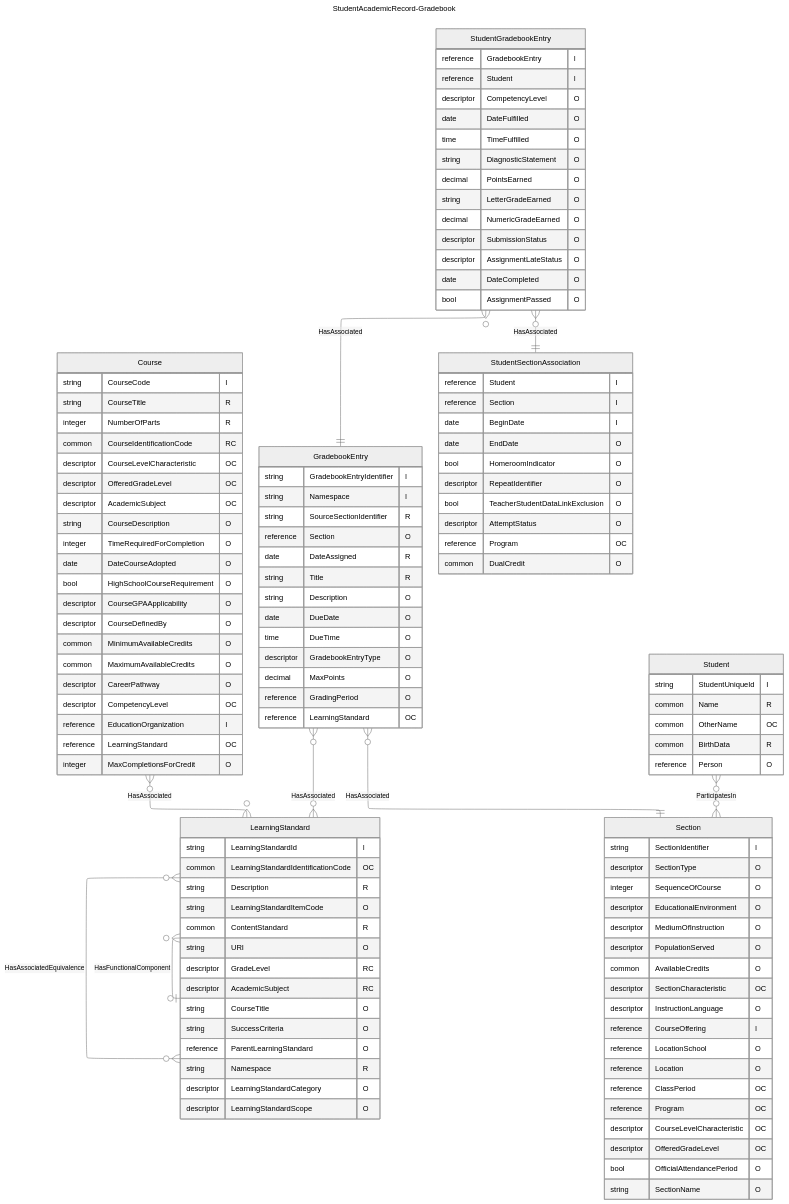
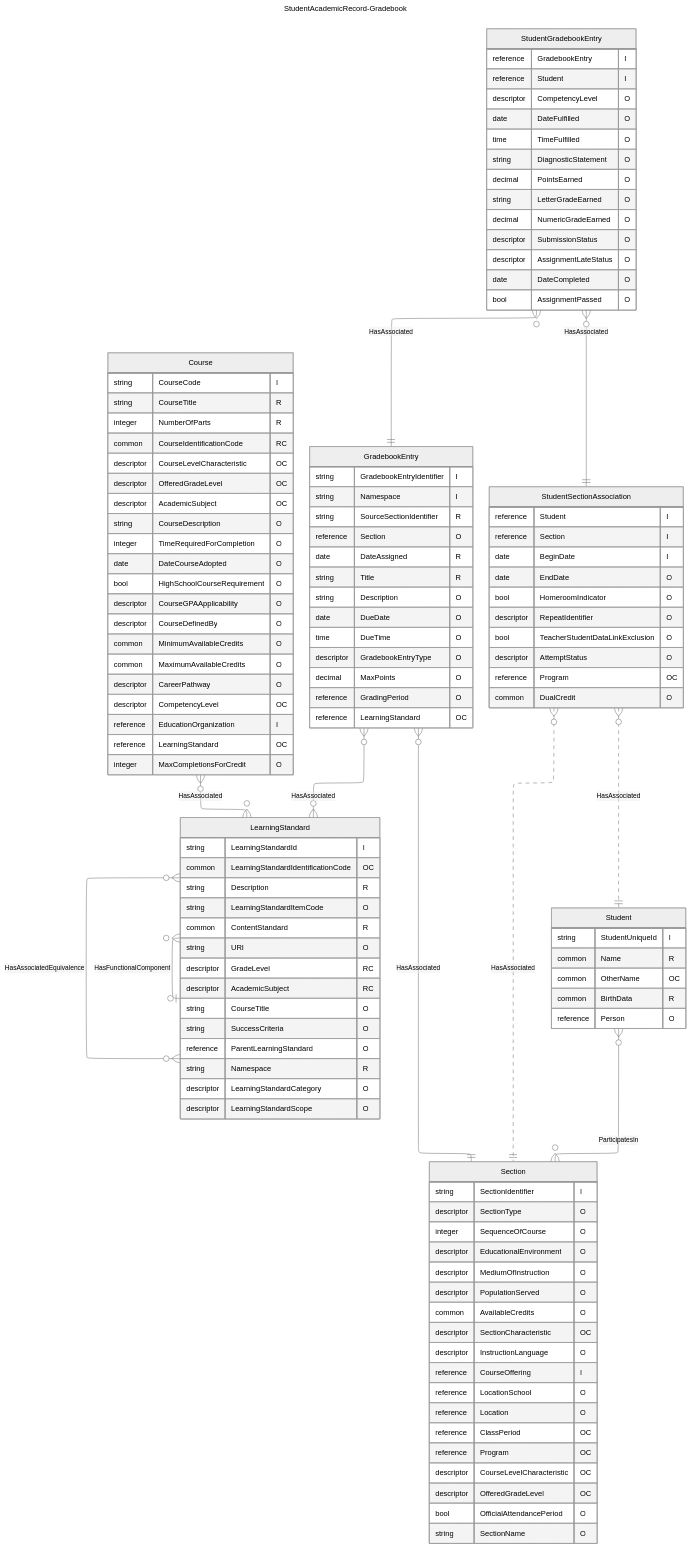
The diagram in Models/Models/StudentAcademicRecord-Gradebook.mmd (Ed-Fi-Alliance-OSS/Ed-Fi-Data-Standard), drawn with Mermaid (neutral theme) before and after one commit. The commit also changed other lines of this file and 15 other files, not shown here.

```diff
--- a/Models/Models/StudentAcademicRecord-Gradebook.mmd
+++ b/Models/Models/StudentAcademicRecord-Gradebook.mmd
@@ -1,121 +1,123 @@
 ---
 title: StudentAcademicRecord-Gradebook
 config:
   layout: elk
 ---
 erDiagram
     Course {
         string CourseCode "I"
         string CourseTitle "R"
         integer NumberOfParts "R"
         common CourseIdentificationCode "RC"
         descriptor CourseLevelCharacteristic "OC"
         descriptor OfferedGradeLevel "OC"
         descriptor AcademicSubject "OC"
         string CourseDescription "O"
         integer TimeRequiredForCompletion "O"
         date DateCourseAdopted "O"
         bool HighSchoolCourseRequirement "O"
         descriptor CourseGPAApplicability "O"
         descriptor CourseDefinedBy "O"
         common MinimumAvailableCredits "O"
         common MaximumAvailableCredits "O"
         descriptor CareerPathway "O"
         descriptor CompetencyLevel "OC"
         reference EducationOrganization "I"
         reference LearningStandard "OC"
         integer MaxCompletionsForCredit "O"
     }
     LearningStandard {
         string LearningStandardId "I"
         common LearningStandardIdentificationCode "OC"
         string Description "R"
         string LearningStandardItemCode "O"
         common ContentStandard "R"
         string URI "O"
         descriptor GradeLevel "RC"
         descriptor AcademicSubject "RC"
         string CourseTitle "O"
         string SuccessCriteria "O"
         reference ParentLearningStandard "O"
         string Namespace "R"
         descriptor LearningStandardCategory "O"
         descriptor LearningStandardScope "O"
     }
     GradebookEntry {
         string GradebookEntryIdentifier "I"
         string Namespace "I"
         string SourceSectionIdentifier "R"
         reference Section "O"
         date DateAssigned "R"
         string Title "R"
         string Description "O"
         date DueDate "O"
         time DueTime "O"
         descriptor GradebookEntryType "O"
         decimal MaxPoints "O"
         reference GradingPeriod "O"
         reference LearningStandard "OC"
     }
     StudentGradebookEntry {
         reference GradebookEntry "I"
         reference Student "I"
         descriptor CompetencyLevel "O"
         date DateFulfilled "O"
         time TimeFulfilled "O"
         string DiagnosticStatement "O"
         decimal PointsEarned "O"
         string LetterGradeEarned "O"
         decimal NumericGradeEarned "O"
         descriptor SubmissionStatus "O"
         descriptor AssignmentLateStatus "O"
         date DateCompleted "O"
         bool AssignmentPassed "O"
     }
     StudentSectionAssociation {
         reference Student "I"
         reference Section "I"
         date BeginDate "I"
         date EndDate "O"
         bool HomeroomIndicator "O"
         descriptor RepeatIdentifier "O"
         bool TeacherStudentDataLinkExclusion "O"
         descriptor AttemptStatus "O"
         reference Program "OC"
         common DualCredit "O"
     }
     Section {
         string SectionIdentifier "I"
         descriptor SectionType "O"
         integer SequenceOfCourse "O"
         descriptor EducationalEnvironment "O"
         descriptor MediumOfInstruction "O"
         descriptor PopulationServed "O"
         common AvailableCredits "O"
         descriptor SectionCharacteristic "OC"
         descriptor InstructionLanguage "O"
         reference CourseOffering "I"
         reference LocationSchool "O"
         reference Location "O"
         reference ClassPeriod "OC"
         reference Program "OC"
         descriptor CourseLevelCharacteristic "OC"
         descriptor OfferedGradeLevel "OC"
         bool OfficialAttendancePeriod "O"
         string SectionName "O"
     }
     Student {
         string StudentUniqueId "I"
         common Name "R"
         common OtherName "OC"
         common BirthData "R"
         reference Person "O"
     }
     Course }o--o{ LearningStandard : "HasAssociated"
-    StudentGradebookEntry }o--|| StudentSectionAssociation : "HasAssociated"
     Student }o--o{ Section : "ParticipatesIn"
     LearningStandard }o--o| LearningStandard : "HasFunctionalComponent"
+    LearningStandard }o--o{ LearningStandard : "HasAssociatedEquivalence"
     GradebookEntry }o--o{ LearningStandard : "HasAssociated"
     GradebookEntry }o--|| Section : "HasAssociated"
     StudentGradebookEntry }o--|| GradebookEntry : "HasAssociated"
-    LearningStandard }o--o{ LearningStandard : "HasAssociatedEquivalence"
+    StudentGradebookEntry }o--|| StudentSectionAssociation : "HasAssociated"
+    StudentSectionAssociation }o..|| Student : "HasAssociated"
+    StudentSectionAssociation }o..|| Section : "HasAssociated"
```
